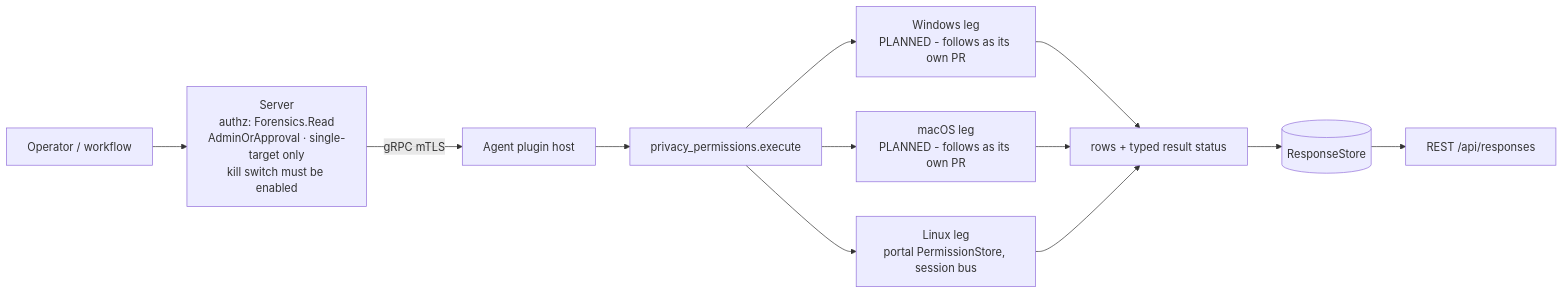
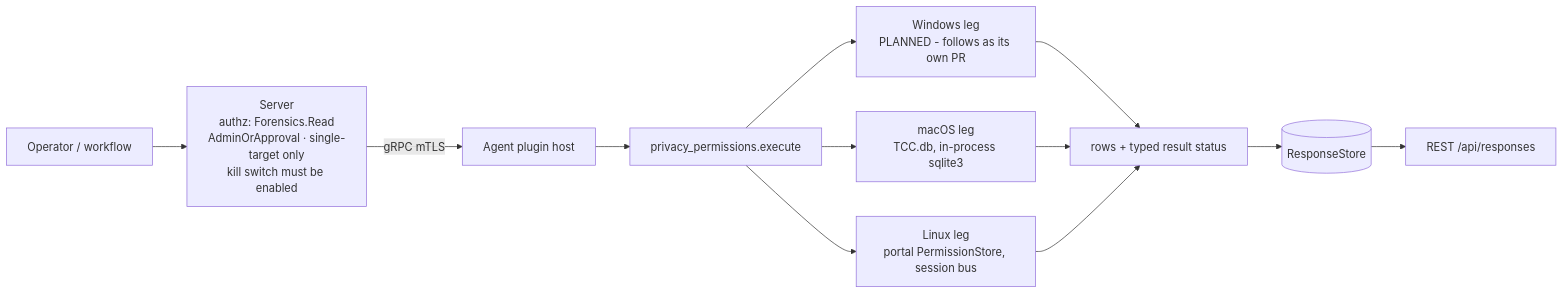
Before and after one commit to DevNullLtd/Yuzu: the diagram in agents/plugins/privacy_permissions/README.md, drawn with Mermaid. The commit also changed other lines of this file and 17 other files, not shown here.

````diff
--- a/agents/plugins/privacy_permissions/README.md
+++ b/agents/plugins/privacy_permissions/README.md
@@ -23,9 +23,9 @@
 ```mermaid
 flowchart LR
   OP[Operator / workflow] --> SRV[Server<br/>authz: Forensics.Read<br/>AdminOrApproval · single-target only<br/>kill switch must be enabled]
   SRV -- gRPC mTLS --> HOST[Agent plugin host] --> EX[privacy_permissions.execute]
   EX --> WIN[Windows leg<br/>PLANNED - follows as its own PR]
-  EX --> MAC[macOS leg<br/>PLANNED - follows as its own PR]
+  EX --> MAC[macOS leg<br/>TCC.db, in-process sqlite3]
   EX --> LIN[Linux leg<br/>portal PermissionStore, session bus]
   WIN & MAC & LIN --> ROWS[rows + typed result status] --> RS[(ResponseStore)] --> API[REST /api/responses]
 ```
````
